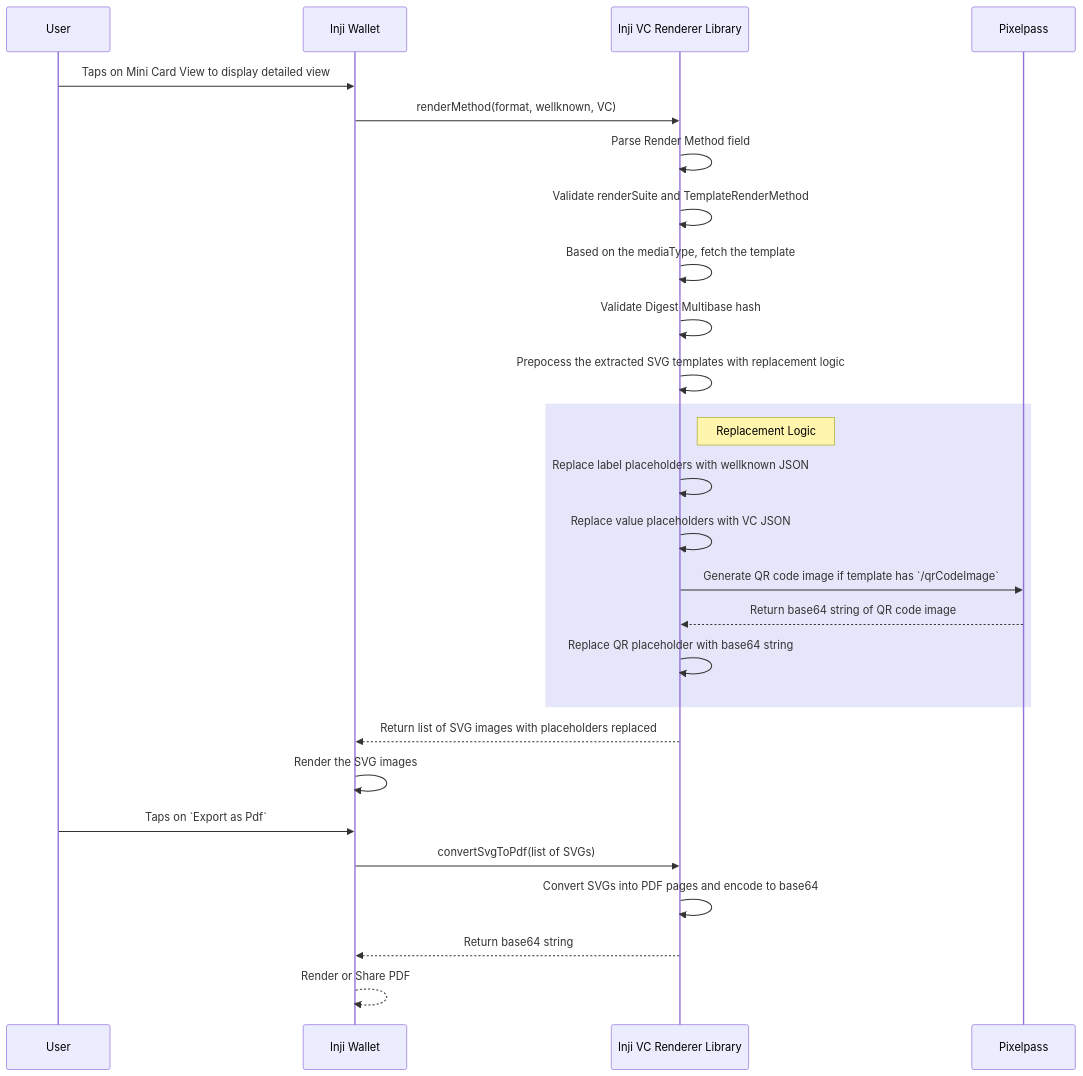
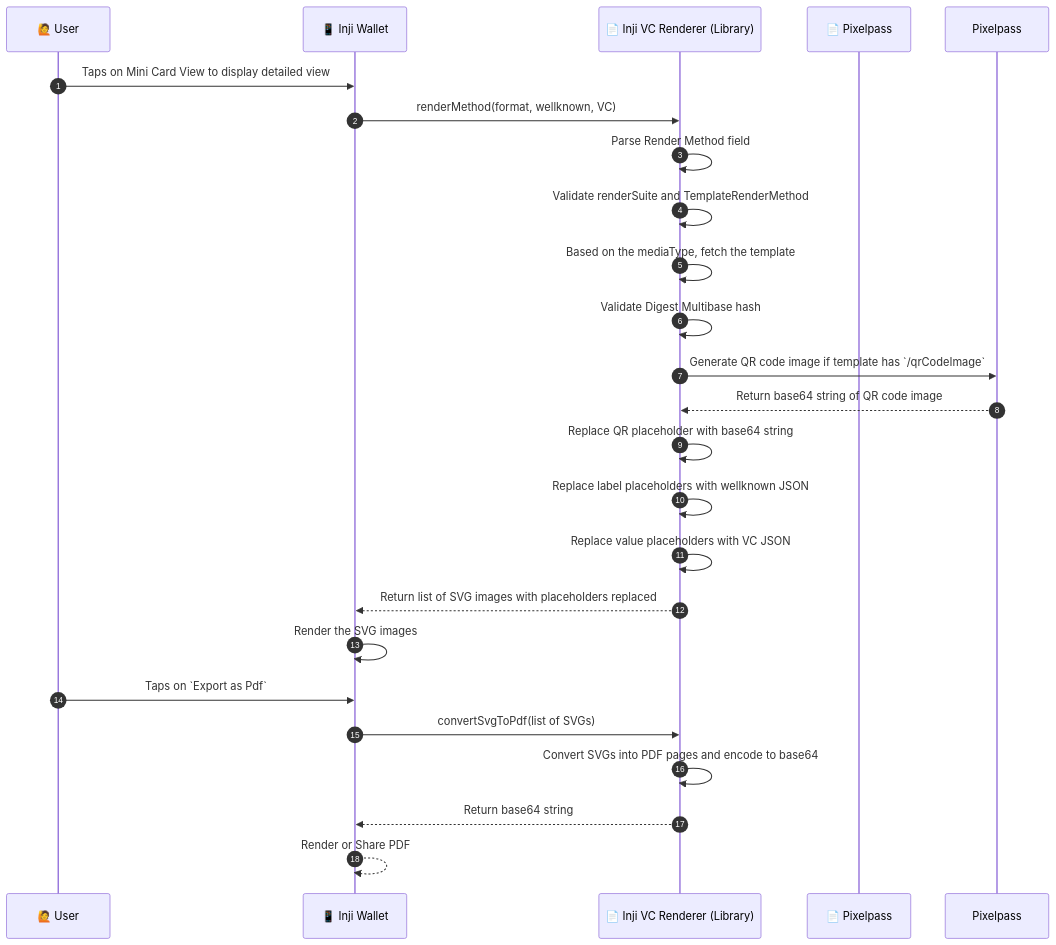
Before and after one commit to tw-mosip/inji-vc-renderer: the diagram in kotlin/docs/inji-vc-renderer-flow.md, drawn with Mermaid. The commit also changed other lines of this file, not shown here.

Commit message:
[INJIMOB-3542]: Update sequence diagram

````diff
--- a/kotlin/docs/inji-vc-renderer-flow.md
+++ b/kotlin/docs/inji-vc-renderer-flow.md
@@ -13,37 +13,34 @@
 ```mermaid
 sequenceDiagram
-    participant User
-    participant Inji Wallet
-    participant Inji VC Renderer Library
-    participant Pixelpass
+    autonumber
+  participant User as 🙋 User
+  participant Wallet as  📱 Inji Wallet
+  participant Renderer_Lib as 📄 Inji VC Renderer (Library)
+  participant 📄 Pixelpass
 
     %% --- API: renderMethod ---
-    User->>Inji Wallet:Taps on Mini Card View to display detailed view
-    Inji Wallet->>Inji VC Renderer Library: renderMethod(format, wellknown, VC)
-    Inji VC Renderer Library ->> Inji VC Renderer Library: Parse Render Method field
-    Inji VC Renderer Library ->> Inji VC Renderer Library: Validate renderSuite and TemplateRenderMethod
-    Inji VC Renderer Library ->> Inji VC Renderer Library: Based on the mediaType, fetch the template
-    Inji VC Renderer Library ->> Inji VC Renderer Library: Validate Digest Multibase hash
-    Inji VC Renderer Library ->> Inji VC Renderer Library: Prepocess the extracted SVG templates with replacement logic
+    User->>Wallet:Taps on Mini Card View to display detailed view
+    Wallet->>Renderer_Lib: renderMethod(format, wellknown, VC)
+    Renderer_Lib ->> Renderer_Lib: Parse Render Method field
+    Renderer_Lib ->> Renderer_Lib: Validate renderSuite and TemplateRenderMethod
+    Renderer_Lib ->> Renderer_Lib: Based on the mediaType, fetch the template
+    Renderer_Lib ->> Renderer_Lib: Validate Digest Multibase hash
 
-    rect rgb(230,230,250)
-    note right of Inji VC Renderer Library: Replacement Logic
-    Inji VC Renderer Library ->> Inji VC Renderer Library: Replace label placeholders with wellknown JSON
-    Inji VC Renderer Library ->> Inji VC Renderer Library: Replace value placeholders with VC JSON
-    Inji VC Renderer Library ->> Pixelpass: Generate QR code image if template has `/qrCodeImage`
-    Pixelpass -->> Inji VC Renderer Library: Return base64 string of QR code image
-    Inji VC Renderer Library ->> Inji VC Renderer Library: Replace QR placeholder with base64 string
-    end
+    Renderer_Lib ->> Pixelpass: Generate QR code image if template has `/qrCodeImage`
+    Pixelpass -->> Renderer_Lib: Return base64 string of QR code image
+    Renderer_Lib ->> Renderer_Lib: Replace QR placeholder with base64 string
+    Renderer_Lib ->> Renderer_Lib: Replace label placeholders with wellknown JSON
+    Renderer_Lib ->> Renderer_Lib: Replace value placeholders with VC JSON
 
-    Inji VC Renderer Library -->> Inji Wallet: Return list of SVG images with placeholders replaced
-    Inji Wallet->>Inji Wallet: Render the SVG images
+
+    Renderer_Lib -->> Wallet: Return list of SVG images with placeholders replaced
+    Wallet->>Wallet: Render the SVG images
 
     %% --- API: convertSvgToPdf ---
-    User->>Inji Wallet:Taps on `Export as Pdf`
-    Inji Wallet->>Inji VC Renderer Library: convertSvgToPdf(list of SVGs)
-    Inji VC Renderer Library ->> Inji VC Renderer Library: Convert SVGs into PDF pages and encode to base64
-    Inji VC Renderer Library -->> Inji Wallet: Return base64 string
-    Inji Wallet -->> Inji Wallet: Render or Share PDF
-
+    User->>Wallet:Taps on `Export as Pdf`
+    Wallet->>Renderer_Lib: convertSvgToPdf(list of SVGs)
+    Renderer_Lib ->> Renderer_Lib: Convert SVGs into PDF pages and encode to base64
+    Renderer_Lib -->> Wallet: Return base64 string
+    Wallet -->> Wallet: Render or Share PDF
 
 ```
````
